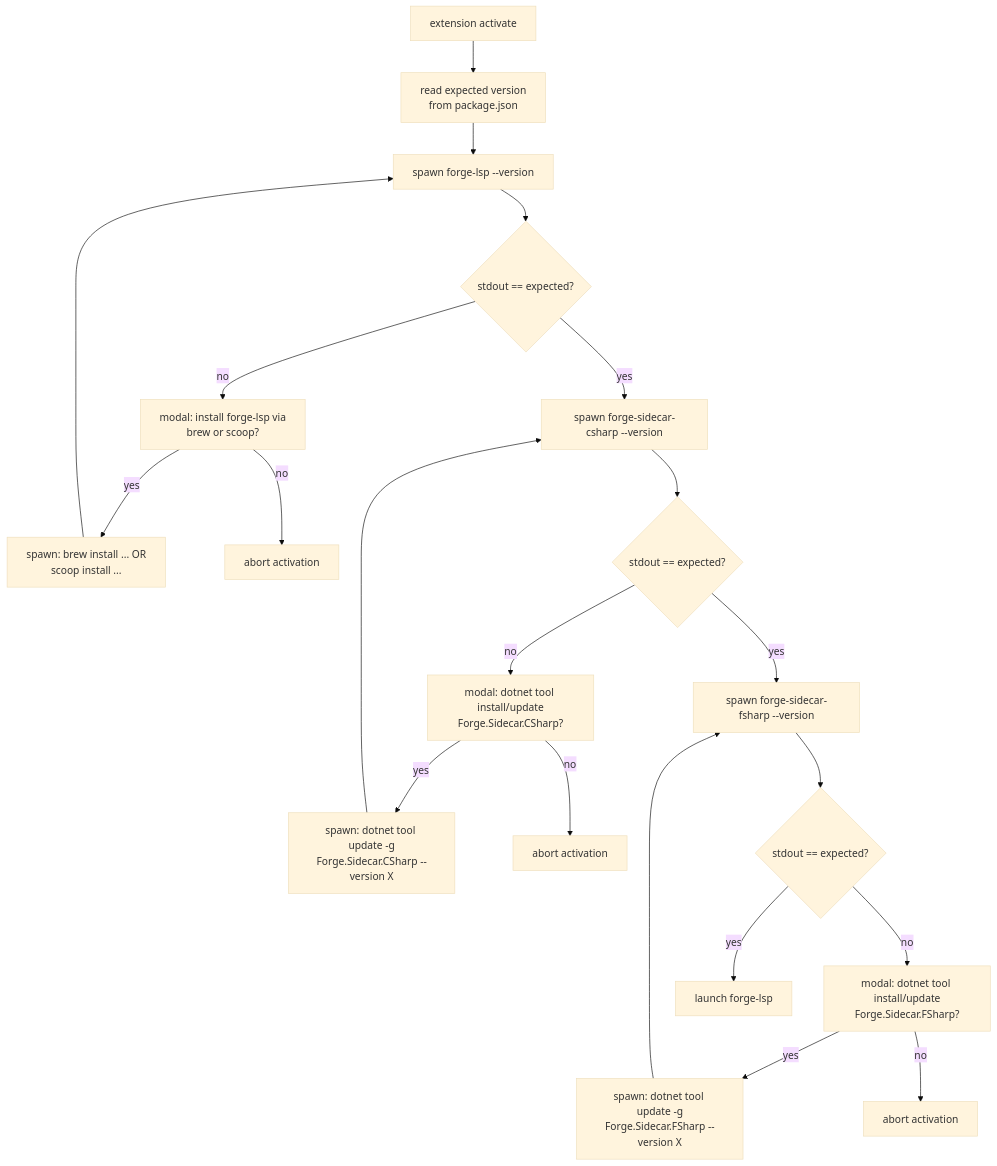
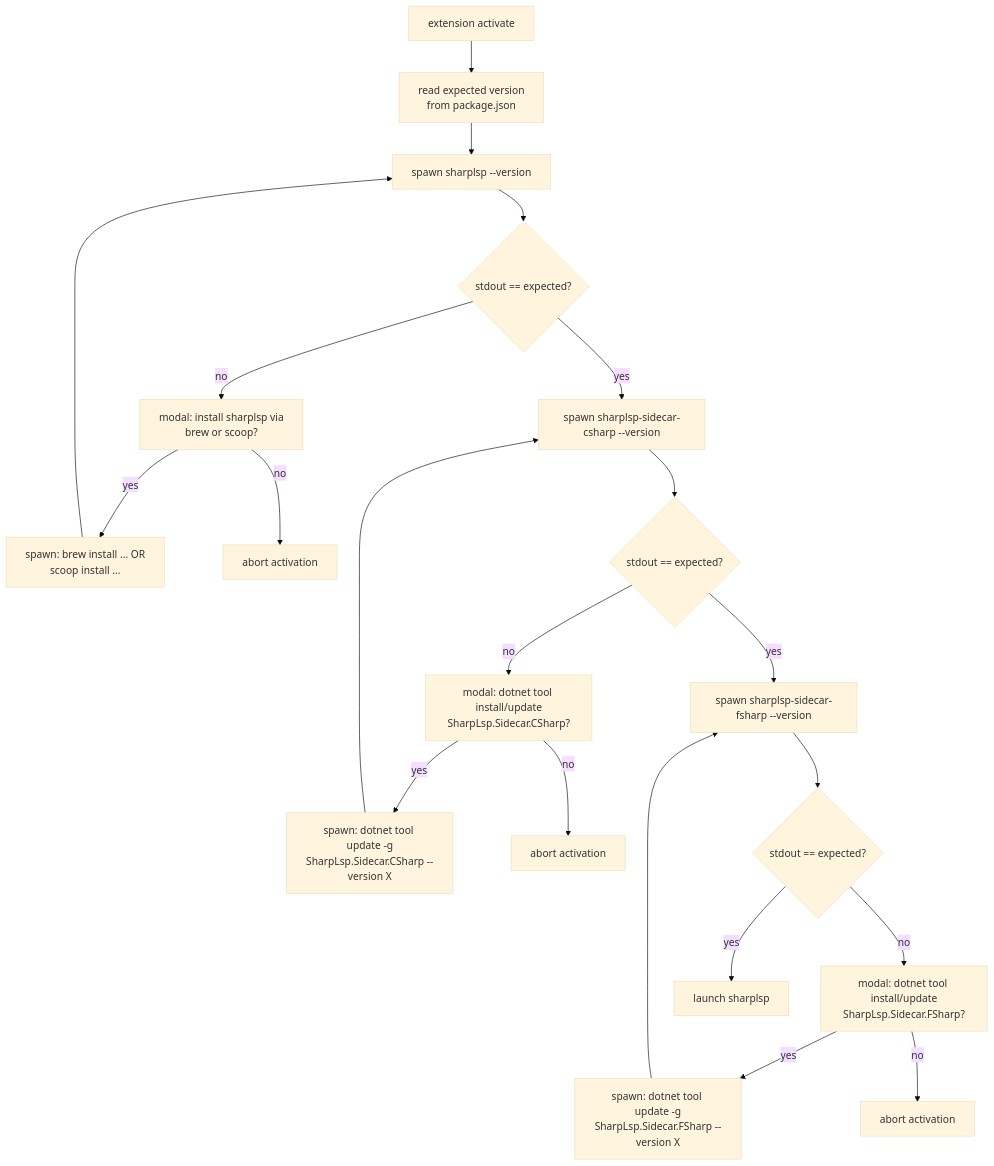
One commit to Nimblesite/SharpLsp changed the second of 2 diagrams in docs/specs/BINARY-DEPLOYMENT.md. Above: the diagram before and after it, drawn with Mermaid (base theme). The commit also changed other lines of this file and 479 other files, not shown here.

````diff
--- a/docs/specs/BINARY-DEPLOYMENT.md
+++ b/docs/specs/BINARY-DEPLOYMENT.md
@@ -55,23 +55,23 @@
 ```mermaid
 flowchart TD
     Activate[extension activate] --> Expected["read expected version<br/>from package.json"]
-    Expected --> CheckLSP["spawn forge-lsp --version"]
+    Expected --> CheckLSP["spawn sharplsp --version"]
     CheckLSP --> LSPok{stdout == expected?}
-    LSPok -- no --> PromptLSP["modal: install forge-lsp via<br/>brew or scoop?"]
+    LSPok -- no --> PromptLSP["modal: install sharplsp via<br/>brew or scoop?"]
     PromptLSP -- yes --> RunPM1["spawn: brew install ... OR<br/>scoop install ..."]
     PromptLSP -- no --> Abort1[abort activation]
     RunPM1 --> CheckLSP
-    LSPok -- yes --> CheckCS["spawn forge-sidecar-csharp --version"]
+    LSPok -- yes --> CheckCS["spawn sharplsp-sidecar-csharp --version"]
     CheckCS --> CSok{stdout == expected?}
-    CSok -- no --> PromptCS["modal: dotnet tool install/update<br/>Forge.Sidecar.CSharp?"]
-    PromptCS -- yes --> RunPM2["spawn: dotnet tool update -g<br/>Forge.Sidecar.CSharp --version X"]
+    CSok -- no --> PromptCS["modal: dotnet tool install/update<br/>SharpLsp.Sidecar.CSharp?"]
+    PromptCS -- yes --> RunPM2["spawn: dotnet tool update -g<br/>SharpLsp.Sidecar.CSharp --version X"]
     PromptCS -- no --> Abort2[abort activation]
     RunPM2 --> CheckCS
-    CSok -- yes --> CheckFS["spawn forge-sidecar-fsharp --version"]
+    CSok -- yes --> CheckFS["spawn sharplsp-sidecar-fsharp --version"]
     CheckFS --> FSok{stdout == expected?}
-    FSok -- no --> PromptFS["modal: dotnet tool install/update<br/>Forge.Sidecar.FSharp?"]
-    PromptFS -- yes --> RunPM3["spawn: dotnet tool update -g<br/>Forge.Sidecar.FSharp --version X"]
+    FSok -- no --> PromptFS["modal: dotnet tool install/update<br/>SharpLsp.Sidecar.FSharp?"]
+    PromptFS -- yes --> RunPM3["spawn: dotnet tool update -g<br/>SharpLsp.Sidecar.FSharp --version X"]
     PromptFS -- no --> Abort3[abort activation]
     RunPM3 --> CheckFS
-    FSok -- yes --> Launch[launch forge-lsp]
+    FSok -- yes --> Launch[launch sharplsp]
 ```
````
